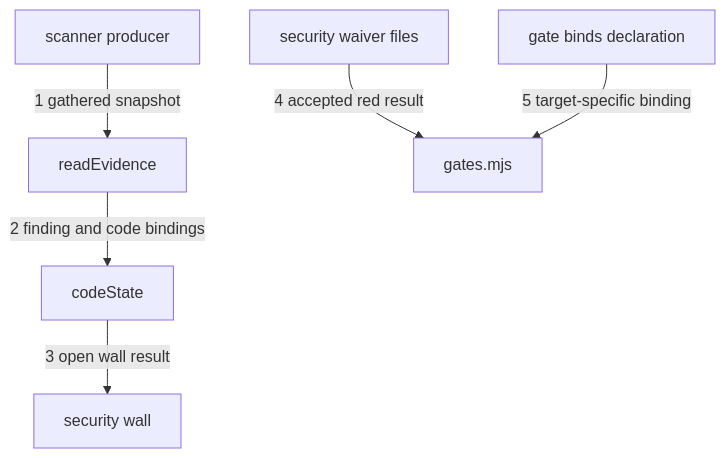
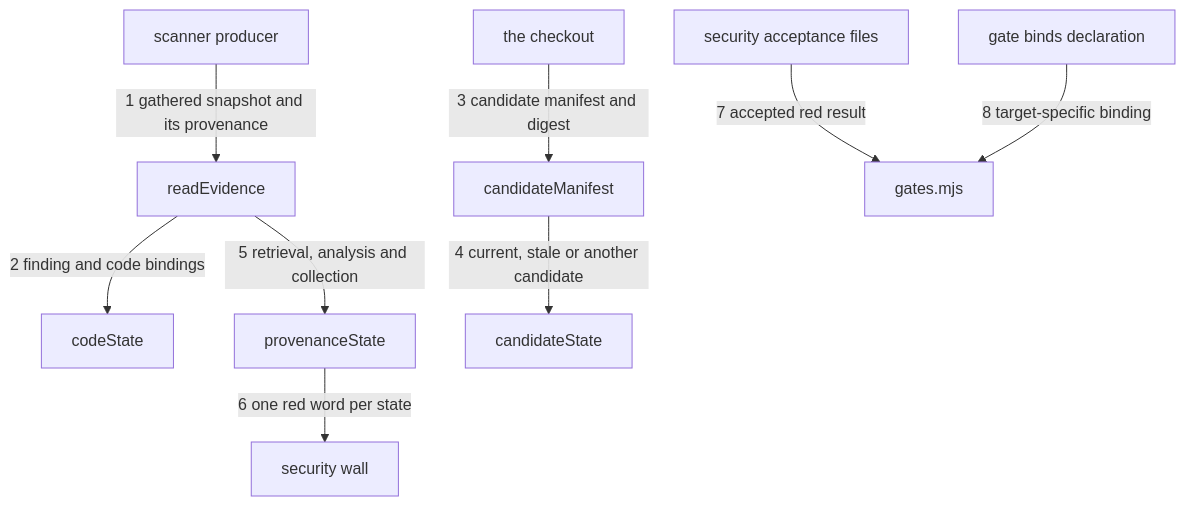
Before and after one commit to ChBrain/KAAL: the diagram in architecture/an-open-finding-blocks-every-target/drawing.md, drawn with Mermaid. The commit also changed other lines of this file and 64 other files, not shown here.

````diff
--- a/architecture/an-open-finding-blocks-every-target/drawing.md
+++ b/architecture/an-open-finding-blocks-every-target/drawing.md
@@ -83,8 +152,11 @@
 ```mermaid
 flowchart TD
-  P["scanner producer"] -- "1 gathered snapshot" --> E["readEvidence"]
+  P["scanner producer"] -- "1 gathered snapshot and its provenance" --> E["readEvidence"]
   E -- "2 finding and code bindings" --> C["codeState"]
-  C -- "3 open wall result" --> S["security wall"]
-  W["security waiver files"] -- "4 accepted red result" --> G["gates.mjs"]
-  D["gate binds declaration"] -- "5 target-specific binding" --> G
+  T["the checkout"] -- "3 candidate manifest and digest" --> M["candidateManifest"]
+  M -- "4 current, stale or another candidate" --> K["candidateState"]
+  E -- "5 retrieval, analysis and collection" --> V["provenanceState"]
+  V -- "6 one red word per state" --> S["security wall"]
+  W["security acceptance files"] -- "7 accepted red result" --> G["gates.mjs"]
+  D["gate binds declaration"] -- "8 target-specific binding" --> G
 ```
````
